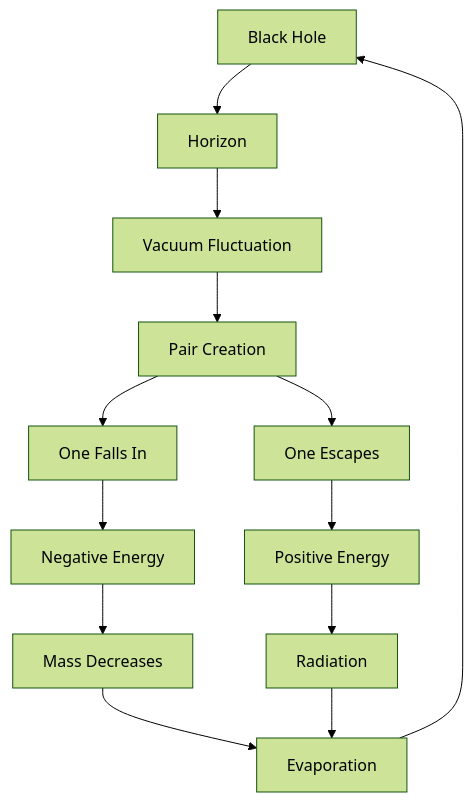
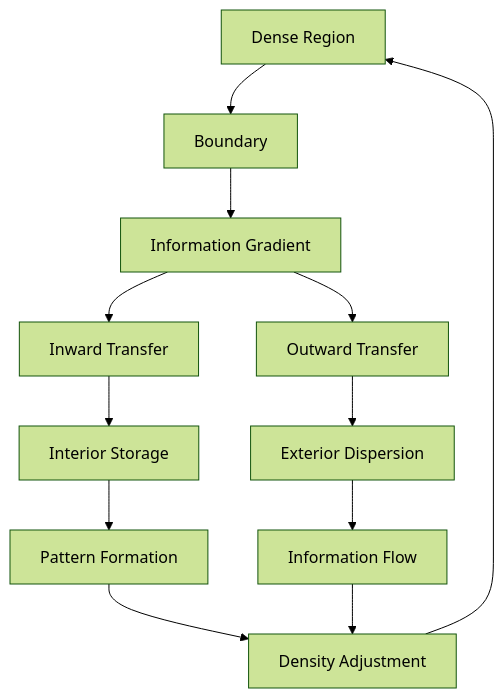
The second of 2 diagrams in docs/psi-structum/book-1-collapse-ontology/part-04-quantum-gravity/chapter-052-hawking-radiation-tunneling.md (loning/the-phys), drawn with Mermaid (forest theme) before and after one commit. The commit also changed other lines of this file and 11 other files, not shown here.

````diff
--- a/docs/psi-structum/book-1-collapse-ontology/part-04-quantum-gravity/chapter-052-hawking-radiation-tunneling.md
+++ b/docs/psi-structum/book-1-collapse-ontology/part-04-quantum-gravity/chapter-052-hawking-radiation-tunneling.md
@@ -195,15 +225,14 @@
 ```mermaid
 graph TD
-    A[Black Hole] --> B[Horizon]
-    B --> C[Vacuum Fluctuation]
-    C --> D[Pair Creation]
-    D --> E[One Falls In]
-    D --> F[One Escapes]
-    E --> G[Negative Energy]
-    F --> H[Positive Energy]
-    G --> I[Mass Decreases]
-    H --> J[Radiation]
-    I --> K[Evaporation]
-    J --> K
-    K --> A
+    A[Dense Region] --> B[Boundary]
+    B --> C[Information Gradient]
+    C --> D[Inward Transfer]
+    C --> E[Outward Transfer]
+    D --> F[Interior Storage]
+    E --> G[Exterior Dispersion]
+    F --> H[Pattern Formation]
+    G --> I[Information Flow]
+    H --> J[Density Adjustment]
+    I --> J
+    J --> A
 ```
````
